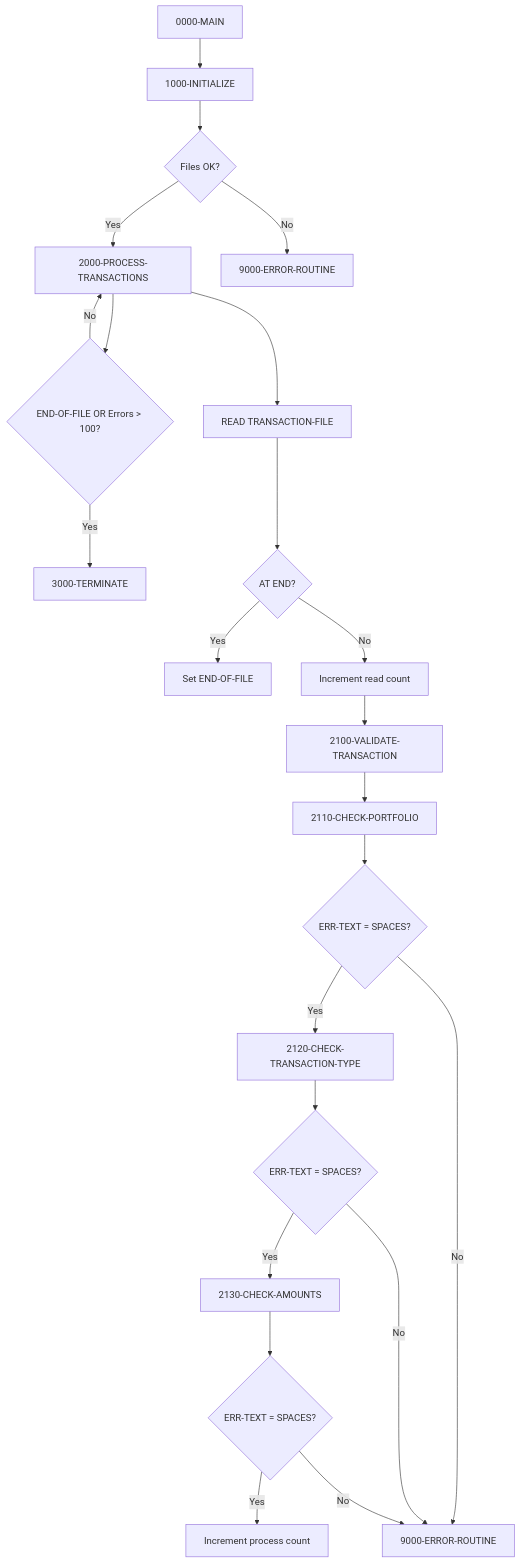
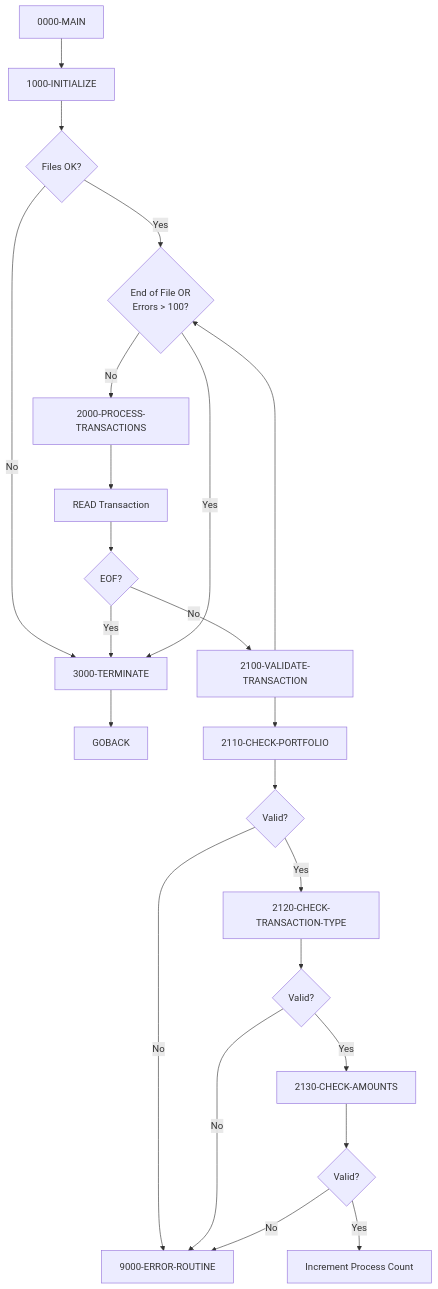
Before and after one commit to haladir-com/legacy-benchmark-docs-vb70e1: the first of 2 diagrams in docs/programs/PORTTRAN.mdx, drawn with Mermaid. The commit also changed other lines of this file and 63 other files, not shown here.

````diff
--- a/docs/programs/PORTTRAN.mdx
+++ b/docs/programs/PORTTRAN.mdx
@@ -16,27 +16,26 @@
 ```mermaid
 graph TD
     A[0000-MAIN] --> B[1000-INITIALIZE]
     B --> C{Files OK?}
-    C -->|Yes| D[2000-PROCESS-TRANSACTIONS]
-    C -->|No| E[9000-ERROR-ROUTINE]
-    D --> F{END-OF-FILE OR Errors > 100?}
-    F -->|No| D
-    F -->|Yes| G[3000-TERMINATE]
+    C -->|Yes| D{End of File OR<br/>Errors > 100?}
+    C -->|No| I[3000-TERMINATE]
+    D -->|No| E[2000-PROCESS-TRANSACTIONS]
+    E --> F[READ Transaction]
+    F --> G{EOF?}
+    G -->|No| H[2100-VALIDATE-TRANSACTION]
+    H --> D
+    G -->|Yes| I
+    D -->|Yes| I
+    I --> J[GOBACK]
     
-    D --> D1[READ TRANSACTION-FILE]
-    D1 --> D2{AT END?}
-    D2 -->|Yes| D3[Set END-OF-FILE]
-    D2 -->|No| D4[Increment read count]
-    D4 --> D5[2100-VALIDATE-TRANSACTION]
-    
-    D5 --> V1[2110-CHECK-PORTFOLIO]
-    V1 --> V2{ERR-TEXT = SPACES?}
-    V2 -->|Yes| V3[2120-CHECK-TRANSACTION-TYPE]
-    V3 --> V4{ERR-TEXT = SPACES?}
-    V4 -->|Yes| V5[2130-CHECK-AMOUNTS]
-    V5 --> V6{ERR-TEXT = SPACES?}
-    V6 -->|Yes| V7[Increment process count]
-    V2 -->|No| V8[9000-ERROR-ROUTINE]
-    V4 -->|No| V8
-    V6 -->|No| V8
+    H --> H1[2110-CHECK-PORTFOLIO]
+    H1 --> H2{Valid?}
+    H2 -->|Yes| H3[2120-CHECK-TRANSACTION-TYPE]
+    H3 --> H4{Valid?}
+    H4 -->|Yes| H5[2130-CHECK-AMOUNTS]
+    H5 --> H6{Valid?}
+    H6 -->|Yes| H7[Increment Process Count]
+    H2 -->|No| H8[9000-ERROR-ROUTINE]
+    H4 -->|No| H8
+    H6 -->|No| H8
 ```
````
